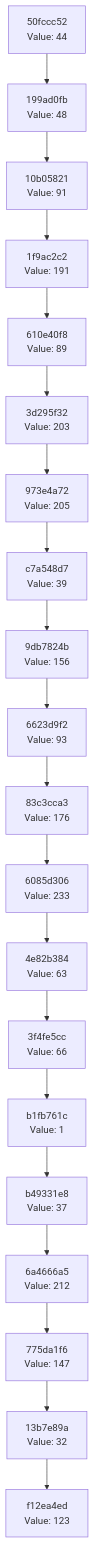
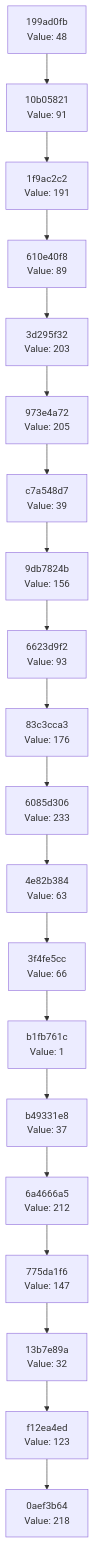
The diagram in docs/CHAIN_VISUALIZATION.md (Abhisheksinha1506/hash-chain-evolver), drawn with Mermaid before and after one commit. The commit also changed 3 other files, not shown here.

````diff
--- a/docs/CHAIN_VISUALIZATION.md
+++ b/docs/CHAIN_VISUALIZATION.md
@@ -3,42 +3,42 @@
 ```mermaid
 graph TD
-    C0["f12ea4ed<br/>Value: 123"]
-    C1["13b7e89a<br/>Value: 32"]
+    C0["0aef3b64<br/>Value: 218"]
+    C1["f12ea4ed<br/>Value: 123"]
     C1 --> C0
-    C2["775da1f6<br/>Value: 147"]
+    C2["13b7e89a<br/>Value: 32"]
     C2 --> C1
-    C3["6a4666a5<br/>Value: 212"]
+    C3["775da1f6<br/>Value: 147"]
     C3 --> C2
-    C4["b49331e8<br/>Value: 37"]
+    C4["6a4666a5<br/>Value: 212"]
     C4 --> C3
-    C5["b1fb761c<br/>Value: 1"]
+    C5["b49331e8<br/>Value: 37"]
     C5 --> C4
-    C6["3f4fe5cc<br/>Value: 66"]
+    C6["b1fb761c<br/>Value: 1"]
     C6 --> C5
-    C7["4e82b384<br/>Value: 63"]
+    C7["3f4fe5cc<br/>Value: 66"]
     C7 --> C6
-    C8["6085d306<br/>Value: 233"]
+    C8["4e82b384<br/>Value: 63"]
     C8 --> C7
-    C9["83c3cca3<br/>Value: 176"]
+    C9["6085d306<br/>Value: 233"]
     C9 --> C8
-    C10["6623d9f2<br/>Value: 93"]
+    C10["83c3cca3<br/>Value: 176"]
     C10 --> C9
-    C11["9db7824b<br/>Value: 156"]
+    C11["6623d9f2<br/>Value: 93"]
     C11 --> C10
-    C12["c7a548d7<br/>Value: 39"]
+    C12["9db7824b<br/>Value: 156"]
     C12 --> C11
-    C13["973e4a72<br/>Value: 205"]
+    C13["c7a548d7<br/>Value: 39"]
     C13 --> C12
-    C14["3d295f32<br/>Value: 203"]
+    C14["973e4a72<br/>Value: 205"]
     C14 --> C13
-    C15["610e40f8<br/>Value: 89"]
+    C15["3d295f32<br/>Value: 203"]
     C15 --> C14
-    C16["1f9ac2c2<br/>Value: 191"]
+    C16["610e40f8<br/>Value: 89"]
     C16 --> C15
-    C17["10b05821<br/>Value: 91"]
+    C17["1f9ac2c2<br/>Value: 191"]
     C17 --> C16
-    C18["199ad0fb<br/>Value: 48"]
+    C18["10b05821<br/>Value: 91"]
     C18 --> C17
-    C19["50fccc52<br/>Value: 44"]
+    C19["199ad0fb<br/>Value: 48"]
     C19 --> C18
 ```
````
